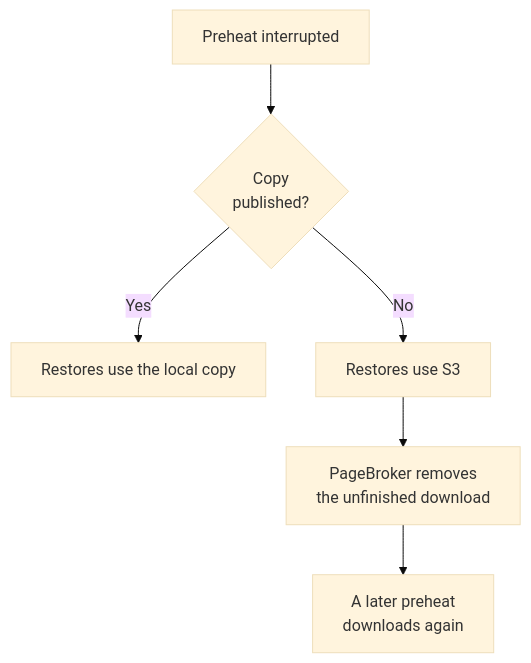
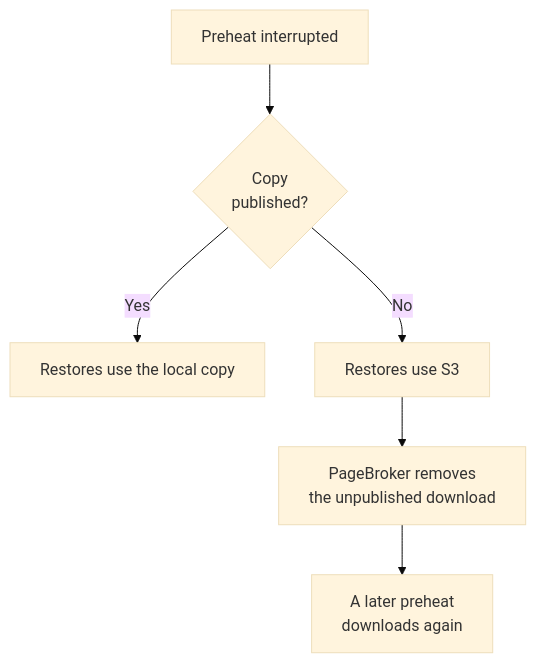
One commit to ai-dynamo/snapshot changed the third of 5 diagrams in docs/design/644-node-cache/README.md. Above: the diagram before and after it, drawn with Mermaid (base theme). The commit also changed other lines of this file and 2 other files, not shown here.

````diff
--- a/docs/design/644-node-cache/README.md
+++ b/docs/design/644-node-cache/README.md
@@ -327,8 +328,8 @@
 ```mermaid
 flowchart TD
     A["Preheat interrupted"] --> B{"Copy<br/>published?"}
     B -->|"Yes"| C["Restores use the local copy"]
     B -->|"No"| E["Restores use S3"]
-    E --> F["PageBroker removes<br/>the unfinished download"]
+    E --> F["PageBroker removes<br/>the unpublished download"]
     F --> G["A later preheat<br/>downloads again"]
 ```
````
